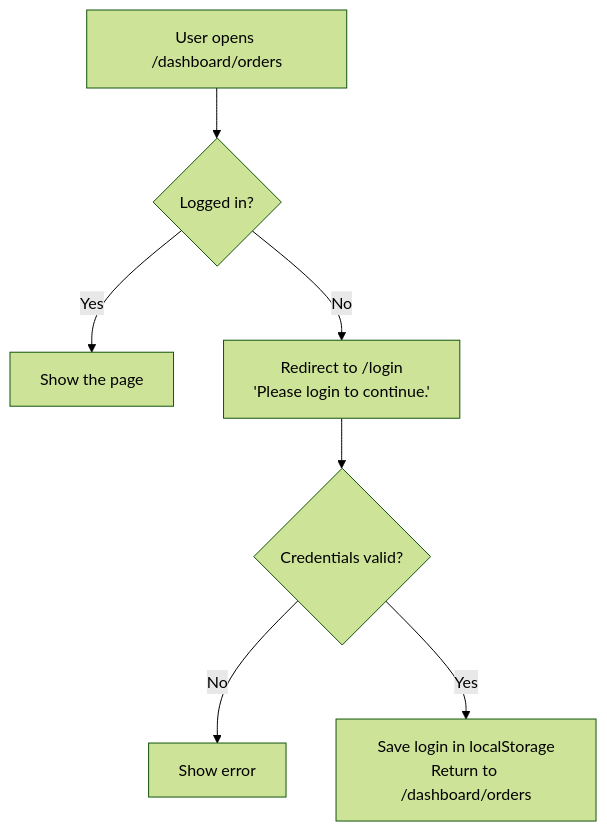
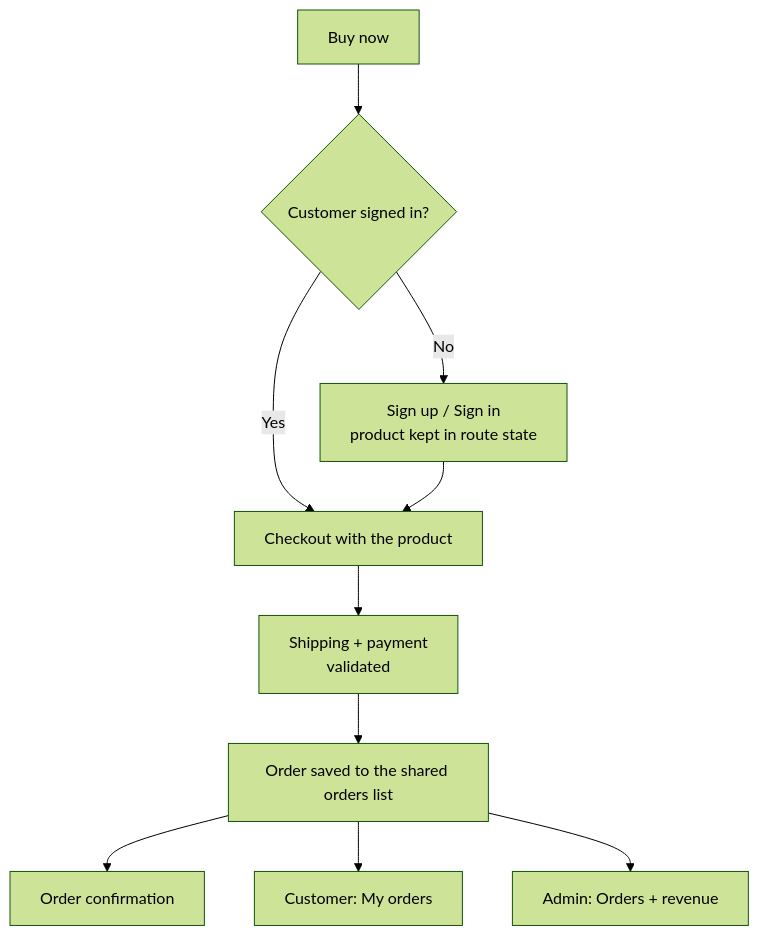
The third of 5 diagrams in README.md (HassamKhan0826/React-E-Commerce-Admin-Management-System), drawn with Mermaid (forest theme) before and after one commit. The commit also changed other lines of this file and 13 other files, not shown here.

First line of the commit message:
docs: update README with customer accounts and checkout

````diff
--- a/README.md
+++ b/README.md
@@ -274,9 +312,12 @@
 ```mermaid
 flowchart TD
-  A["User opens /dashboard/orders"] --> B{"Logged in?"}
-  B -- "Yes" --> C["Show the page"]
-  B -- "No" --> D["Redirect to /login<br/>'Please login to continue.'"]
-  D --> E{"Credentials valid?"}
-  E -- "No" --> F["Show error"]
-  E -- "Yes" --> G["Save login in localStorage<br/>Return to /dashboard/orders"]
+  A["Buy now"] --> B{"Customer signed in?"}
+  B -- "Yes" --> E["Checkout with the product"]
+  B -- "No" --> C["Sign up / Sign in<br/>product kept in route state"]
+  C --> E
+  E --> F["Shipping + payment<br/>validated"]
+  F --> G["Order saved to the shared orders list"]
+  G --> H["Order confirmation"]
+  G --> I["Customer: My orders"]
+  G --> J["Admin: Orders + revenue"]
 ```
````
